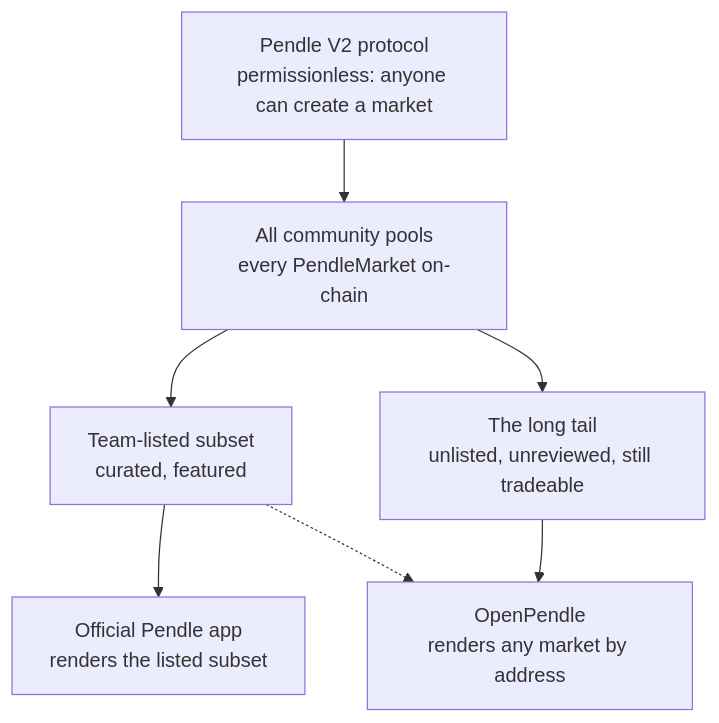
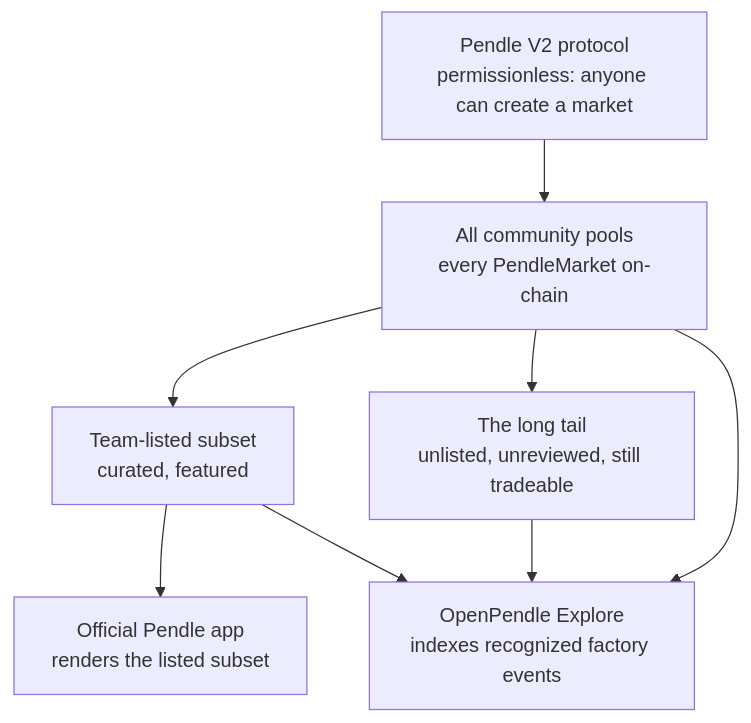
Before and after one commit to ggmatch-mod/open-pendle: the diagram in docs-site/introduction/why-openpendle.md, drawn with Mermaid. The commit also changed other lines of this file and 41 other files, not shown here.

Commit message:
feat: add factory-complete market directory

````diff
--- a/docs-site/introduction/why-openpendle.md
+++ b/docs-site/introduction/why-openpendle.md
@@ -27,9 +27,10 @@
 ```mermaid
 flowchart TD
   P[Pendle V2 protocol<br/>permissionless: anyone can create a market] --> ALL[All community pools<br/>every PendleMarket on-chain]
   ALL --> LISTED[Team-listed subset<br/>curated, featured]
   ALL --> TAIL[The long tail<br/>unlisted, unreviewed, still tradeable]
   LISTED --> OFF[Official Pendle app<br/>renders the listed subset]
-  TAIL --> OP[OpenPendle<br/>renders any market by address]
-  LISTED -.-> OP
+  ALL --> OP[OpenPendle Explore<br/>indexes recognized factory events]
+  TAIL --> OP
+  LISTED --> OP
 ```
````
